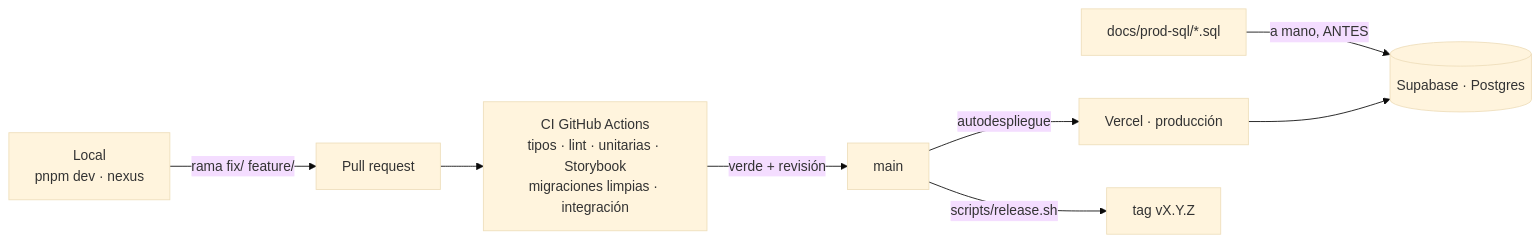
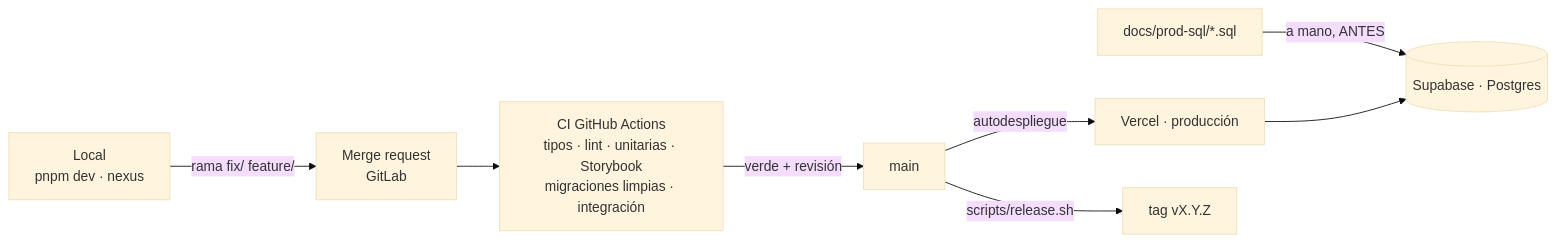
The diagram in docs/guias/devops.md (NexusThrive/nexus-thrive), drawn with Mermaid (base theme) before and after one commit. The commit also changed other lines of this file and 3 other files, not shown here.

Commit message:
docs(flujo): guía GitLab → GitHub y CONTRIBUTING

````diff
--- a/docs/guias/devops.md
+++ b/docs/guias/devops.md
@@ -14,10 +14,10 @@
 ```mermaid
 flowchart LR
-  DEV["Local<br/>pnpm dev · nexus"] -->|rama fix/ feature/| PR[Pull request]
+  DEV["Local<br/>pnpm dev · nexus"] -->|rama fix/ feature/| PR[Merge request<br/>GitLab]
   PR --> CI["CI GitHub Actions<br/>tipos · lint · unitarias · Storybook<br/>migraciones limpias · integración"]
   CI -->|verde + revisión| MAIN[main]
   MAIN -->|autodespliegue| VERCEL[Vercel · producción]
   SQL["docs/prod-sql/*.sql"] -->|a mano, ANTES| SUPA[(Supabase · Postgres)]
   VERCEL --> SUPA
   MAIN -->|scripts/release.sh| TAG[tag vX.Y.Z]
 ```
````
